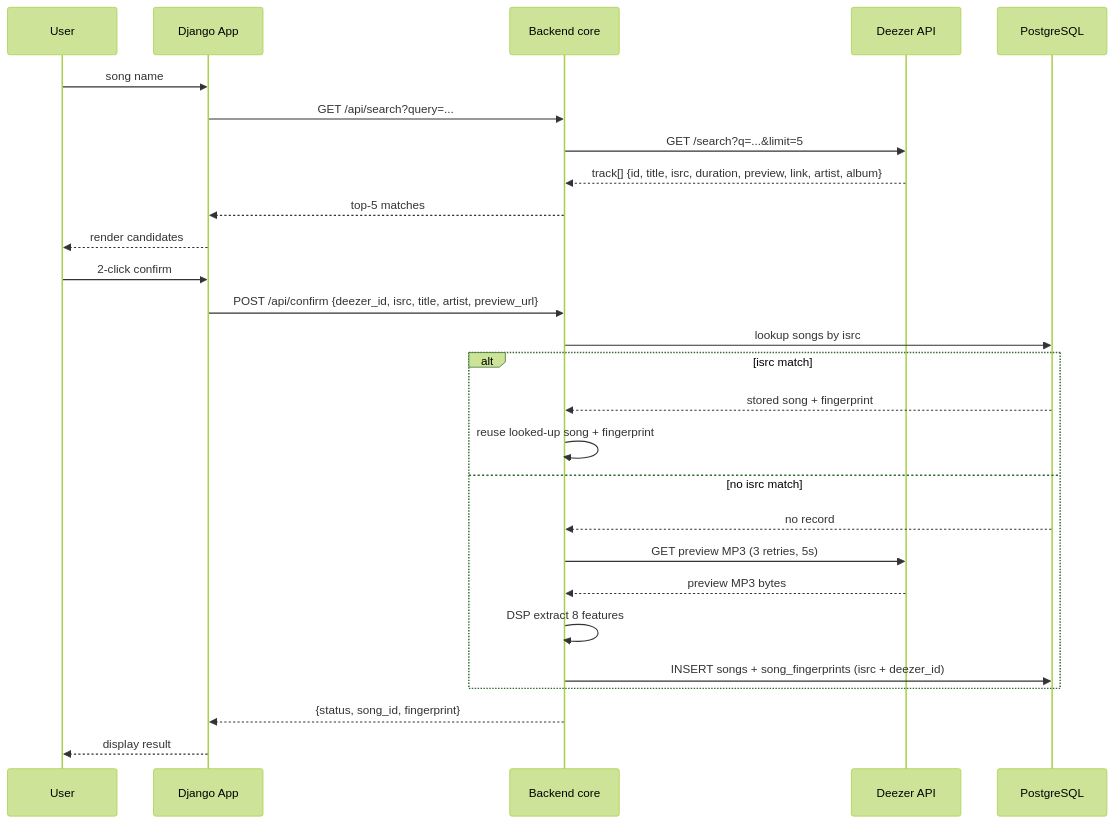
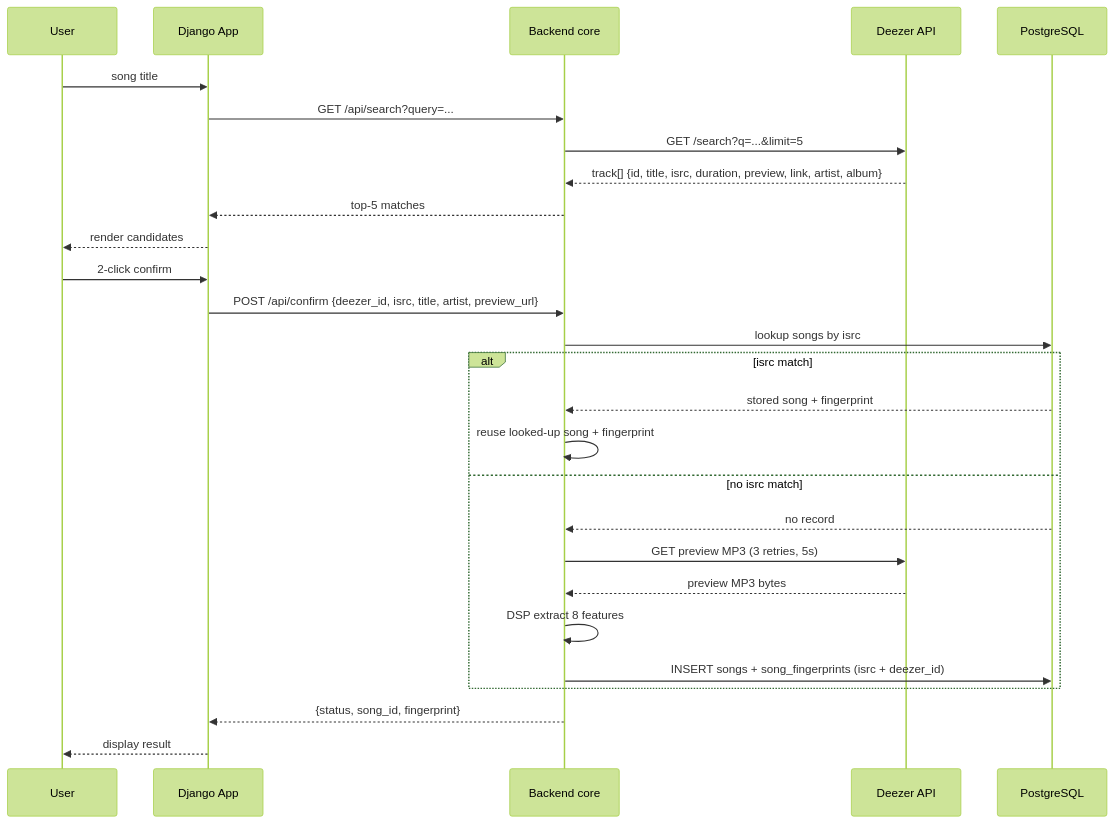
The second of 2 diagrams in docs/001-song-fingerprint-engine/api_flow.md (AhmedAl-Hayali/AgenticGenreGuru), drawn with Mermaid (forest theme) before and after one commit. The commit also changed other lines of this file and 3 other files, not shown here.

Commit message:
docs(specs): rename instances of song name to song title for consistency

````diff
--- a/docs/001-song-fingerprint-engine/api_flow.md
+++ b/docs/001-song-fingerprint-engine/api_flow.md
@@ -104,29 +104,29 @@
 ```mermaid
 sequenceDiagram
     participant User
     participant UI as Django App
     participant Core as Backend core
     participant DZ as Deezer API
     participant DB as PostgreSQL
-    User->>UI: song name
+    User->>UI: song title
     UI->>Core: GET /api/search?query=...
     Core->>DZ: GET /search?q=...&limit=5
     DZ-->>Core: track[] {id, title, isrc, duration, preview, link, artist, album}
     Core-->>UI: top-5 matches
     UI-->>User: render candidates
     User->>UI: 2-click confirm
     UI->>Core: POST /api/confirm {deezer_id, isrc, title, artist, preview_url}
     Core->>DB: lookup songs by isrc
     alt isrc match
         DB-->>Core: stored song + fingerprint
         Core->>Core: reuse looked-up song + fingerprint
     else no isrc match
         DB-->>Core: no record
         Core->>DZ: GET preview MP3 (3 retries, 5s)
         DZ-->>Core: preview MP3 bytes
         Core->>Core: DSP extract 8 features
         Core->>DB: INSERT songs + song_fingerprints (isrc + deezer_id)
     end
     Core-->>UI: {status, song_id, fingerprint}
     UI-->>User: display result
 ```
````
